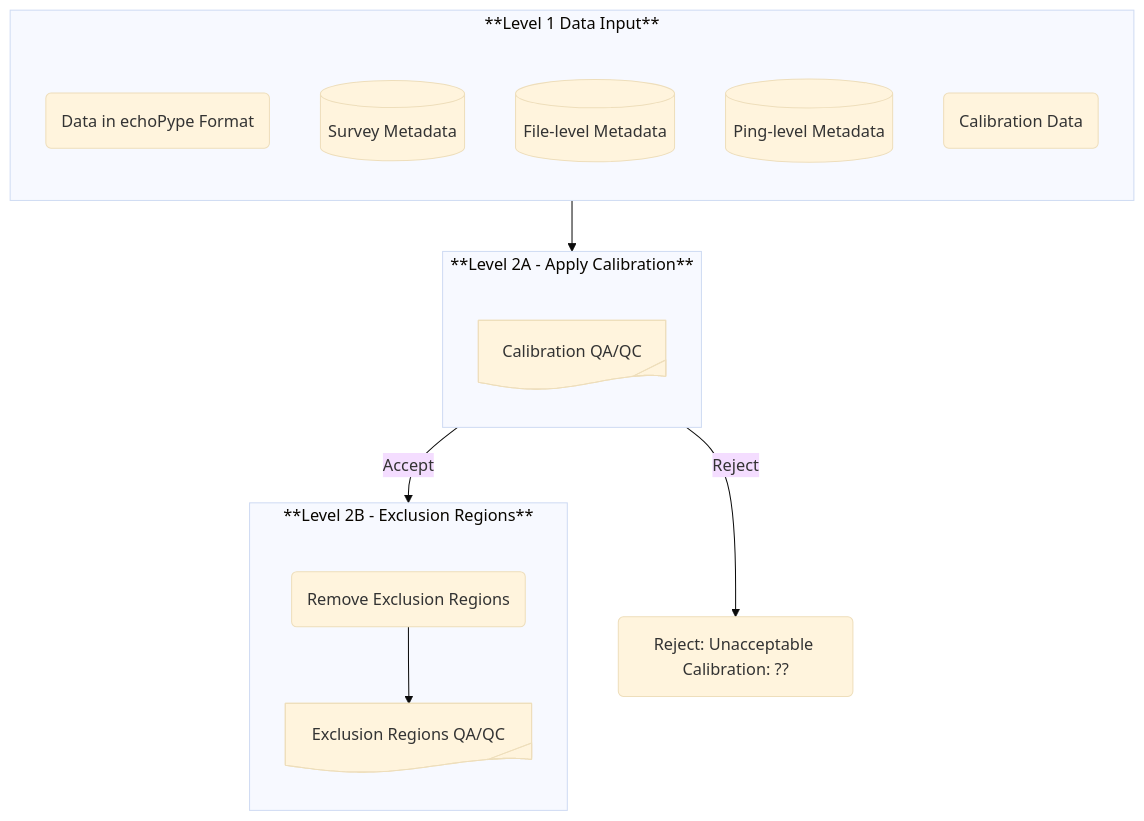
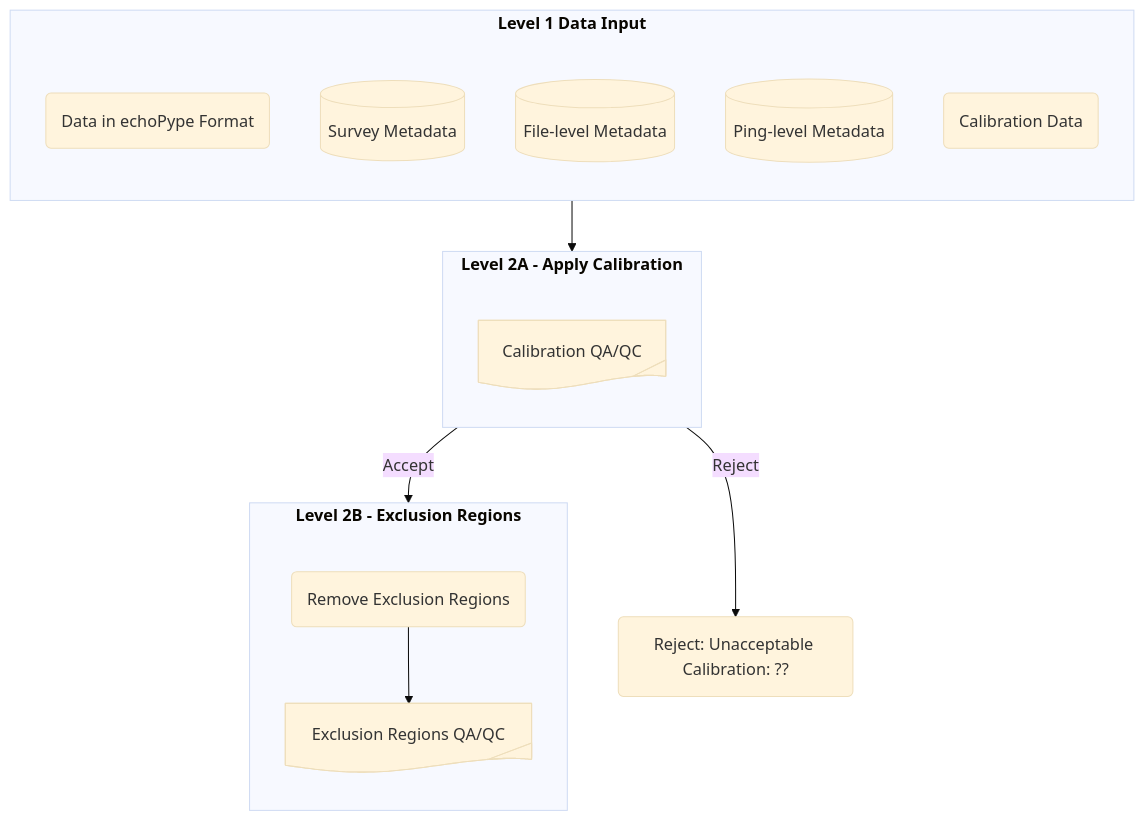
Before and after one commit to nmfs-ost/AA-SI_DataRoadMap: the fourth of 6 diagrams in README.md, drawn with Mermaid (base theme). The commit also changed other lines of this file, not shown here.

````diff
--- a/README.md
+++ b/README.md
@@ -206,30 +206,30 @@
 ```mermaid
 ---
 config:
     flowchart:
         subGraphTitleMargin:
             "bottom": 30
 ---
 flowchart TB
-    subgraph SG_L2_InputData["**Level 1 Data Input**"]
+    subgraph SG_L2_InputData["<b>Level 1 Data Input</b>"]
         direction TB
         node_L2_RD@{ shape: rounded, label: "Data in echoPype Format" }
         node_L2_SMD@{ shape: database, label: "Survey Metadata" }
         node_L2_FMD@{ shape: database, label: "File-level Metadata" }
         node_L2_PMD@{ shape: database, label: "Ping-level Metadata" }
         node_L2_Cal@{ shape: rounded, label: "Calibration Data" }
     end
-    subgraph SG_L2A_Cal["**Level 2A - Apply Calibration**"]
+    subgraph SG_L2A_Cal["<b>Level 2A - Apply Calibration</b>"]
         direction TB
         node_L2A_Cal@{ shape: tag-doc, label: "Calibration QA/QC" }
     end
-    subgraph SG_L2B_Exclusion["**Level 2B - Exclusion Regions**"]
+    subgraph SG_L2B_Exclusion["<b>Level 2B - Exclusion Regions</b>"]
         direction TB
         node_L2B_Exclusion@{ shape: rounded, label: "Remove Exclusion Regions" } --> node_L2B_ExOK@{ shape: tag-doc, label: "Exclusion Regions QA/QC" }
     end
 
 SG_L2_InputData --> SG_L2A_Cal
 SG_L2A_Cal --> |Accept| SG_L2B_Exclusion
 SG_L2A_Cal --> |Reject| node_Reject_L2A@{ shape: rounded, label: "Reject: Unacceptable Calibration: ??" }
 
 ```
````
